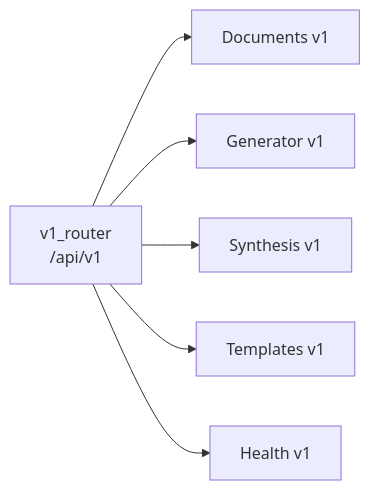
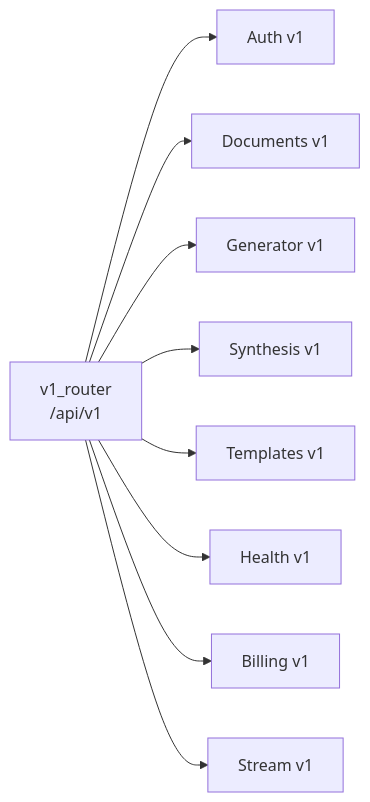
The third of 3 diagrams in .qoder/repowiki/en/content/API Reference/API Reference.md (rohitkumarnaidu/-Auto-AI-Automated-Academic-Docx-Manuscript-Formatter), drawn with Mermaid before and after one commit. The commit also changed other lines of this file and 6 other files, not shown here.

````diff
--- a/.qoder/repowiki/en/content/API Reference/API Reference.md
+++ b/.qoder/repowiki/en/content/API Reference/API Reference.md
@@ -416,14 +424,20 @@
 ```mermaid
 graph LR
 V1["v1_router<br/>/api/v1"]
+Auth["Auth v1"]
 Docs["Documents v1"]
 Gen["Generator v1"]
 Synth["Synthesis v1"]
 Tmpl["Templates v1"]
 Health["Health v1"]
+Billing["Billing v1"]
+Stream["Stream v1"]
+V1 --> Auth
 V1 --> Docs
 V1 --> Gen
 V1 --> Synth
 V1 --> Tmpl
 V1 --> Health
+V1 --> Billing
+V1 --> Stream
 ```
````
